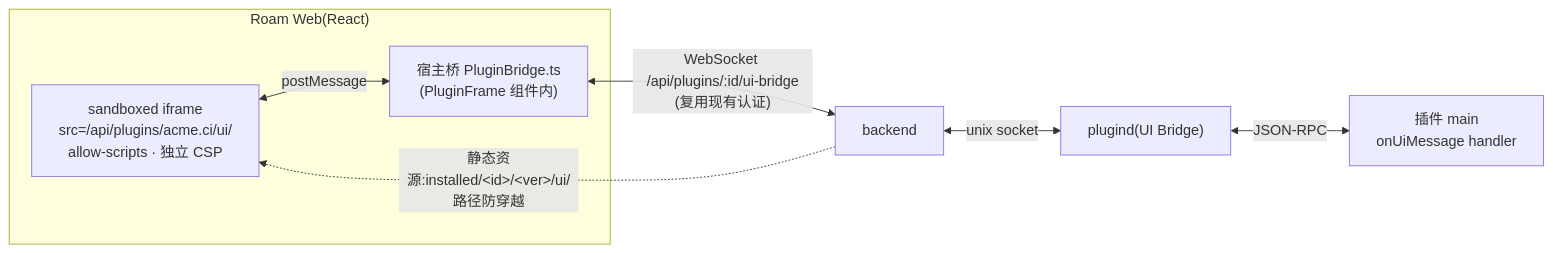
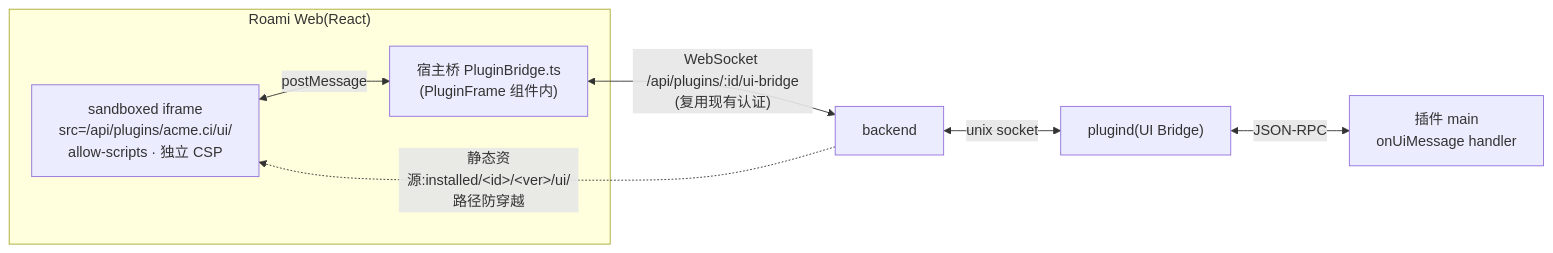
One commit to ybz21/Roam changed the seventh of 9 diagrams in docs/design/plugin/04-architecture.md. Above: the diagram before and after it, drawn with Mermaid. The commit also changed other lines of this file and 95 other files, not shown here.

First line of the commit message:
refactor(brand)!: Roam → Roami（含 ~/.roam 迁移、roam 软链、环境变量双向兼容）(#260)

````diff
--- a/docs/design/plugin/04-architecture.md
+++ b/docs/design/plugin/04-architecture.md
@@ -533,16 +533,16 @@
 ```mermaid
 flowchart LR
-    subgraph web["Roam Web(React)"]
+    subgraph web["Roami Web(React)"]
         ifr["sandboxed iframe<br/>src=/api/plugins/acme.ci/ui/<br/>allow-scripts · 独立 CSP"]
         bridge["宿主桥 PluginBridge.ts<br/>(PluginFrame 组件内)"]
         ifr <-- "postMessage" --> bridge
     end
     be["backend"]
     d["plugind(UI Bridge)"]
     m["插件 main<br/>onUiMessage handler"]
 
     bridge <-- "WebSocket /api/plugins/:id/ui-bridge<br/>(复用现有认证)" --> be
     be <-- "unix socket" --> d
     d <-- "JSON-RPC" --> m
     be -. "静态资源:installed/&lt;id&gt;/&lt;ver&gt;/ui/<br/>路径防穿越" .-> ifr
 ```
````
